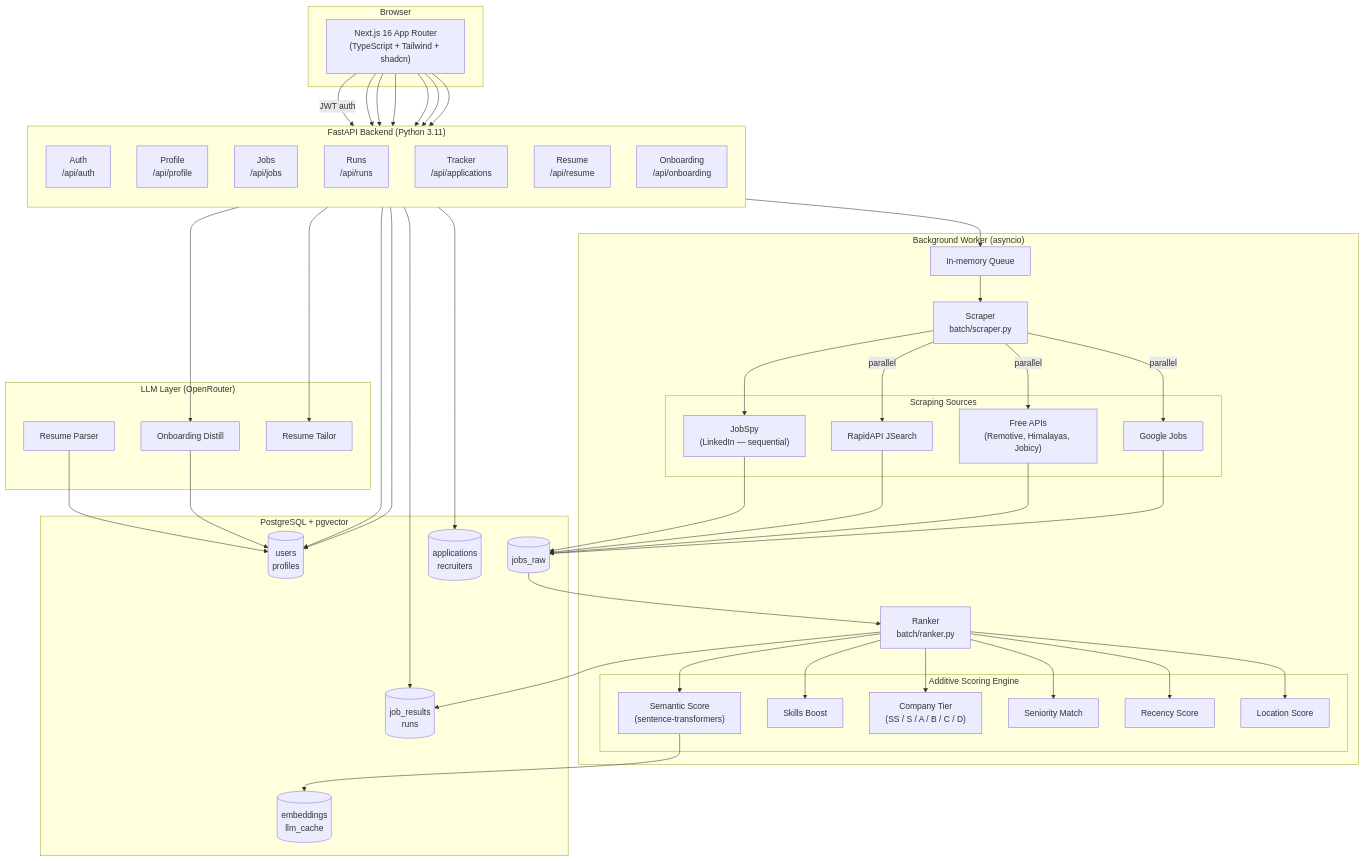
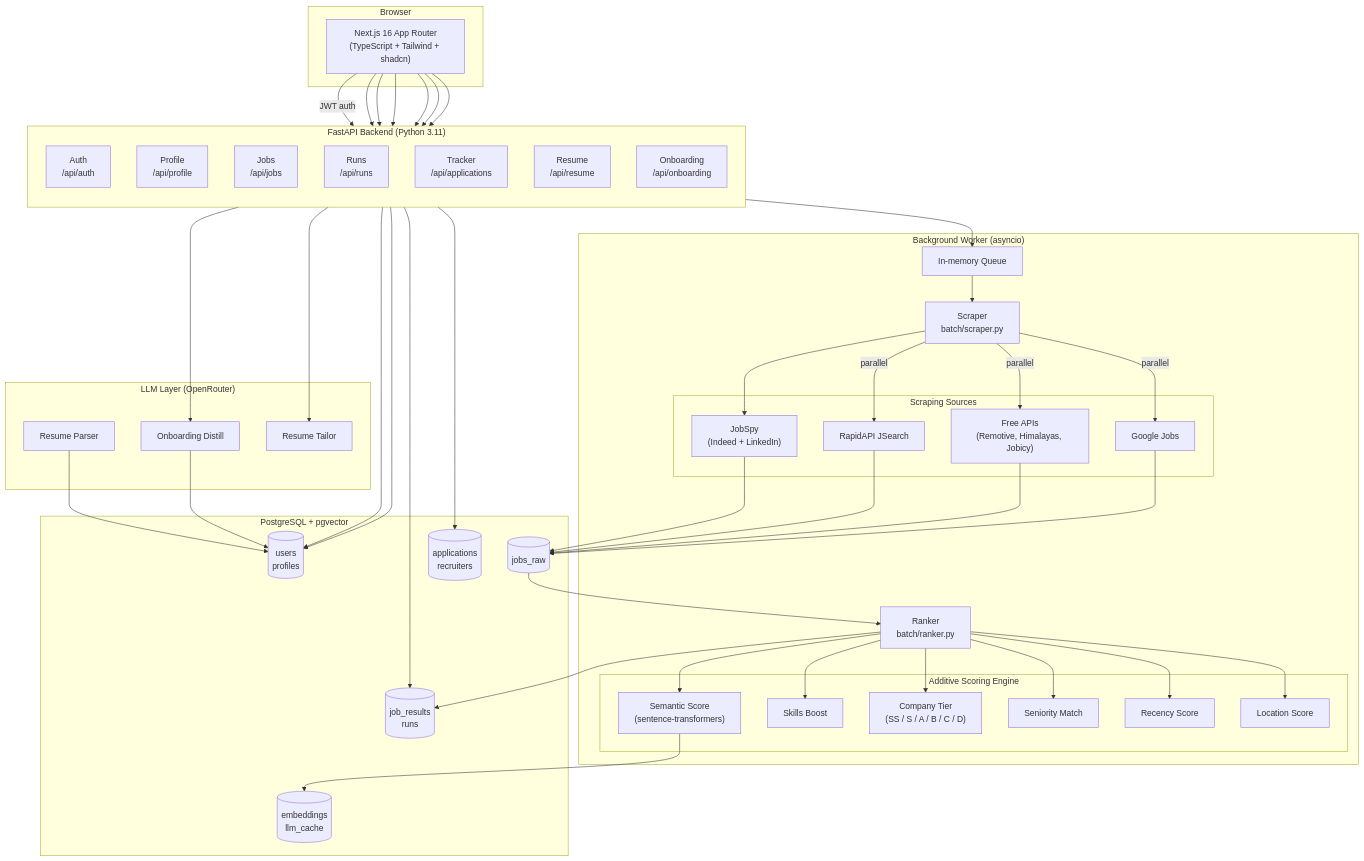
Before and after one commit to zharupesh07/signalrank: the first of 2 diagrams in signalrank/README.md, drawn with Mermaid. The commit also changed other lines of this file and 3 other files, not shown here.

```diff
--- a/signalrank/README.md
+++ b/signalrank/README.md
@@ -31,7 +31,7 @@
         RANKER["Ranker\nbatch/ranker.py"]
 
         subgraph Sources["Scraping Sources"]
-            S1["JobSpy\n(LinkedIn — sequential)"]
+            S1["JobSpy\n(Indeed + LinkedIn)"]
             S2["RapidAPI JSearch"]
             S3["Free APIs\n(Remotive, Himalayas, Jobicy)"]
             S4["Google Jobs"]
```
